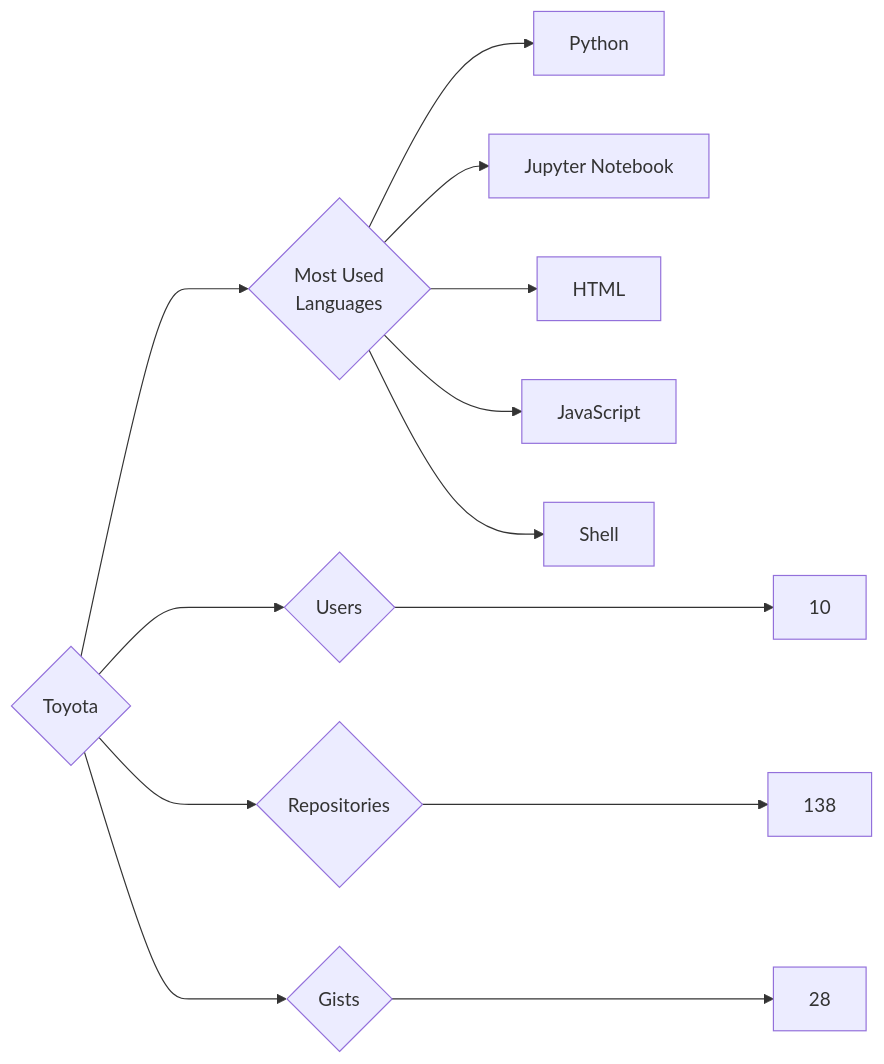
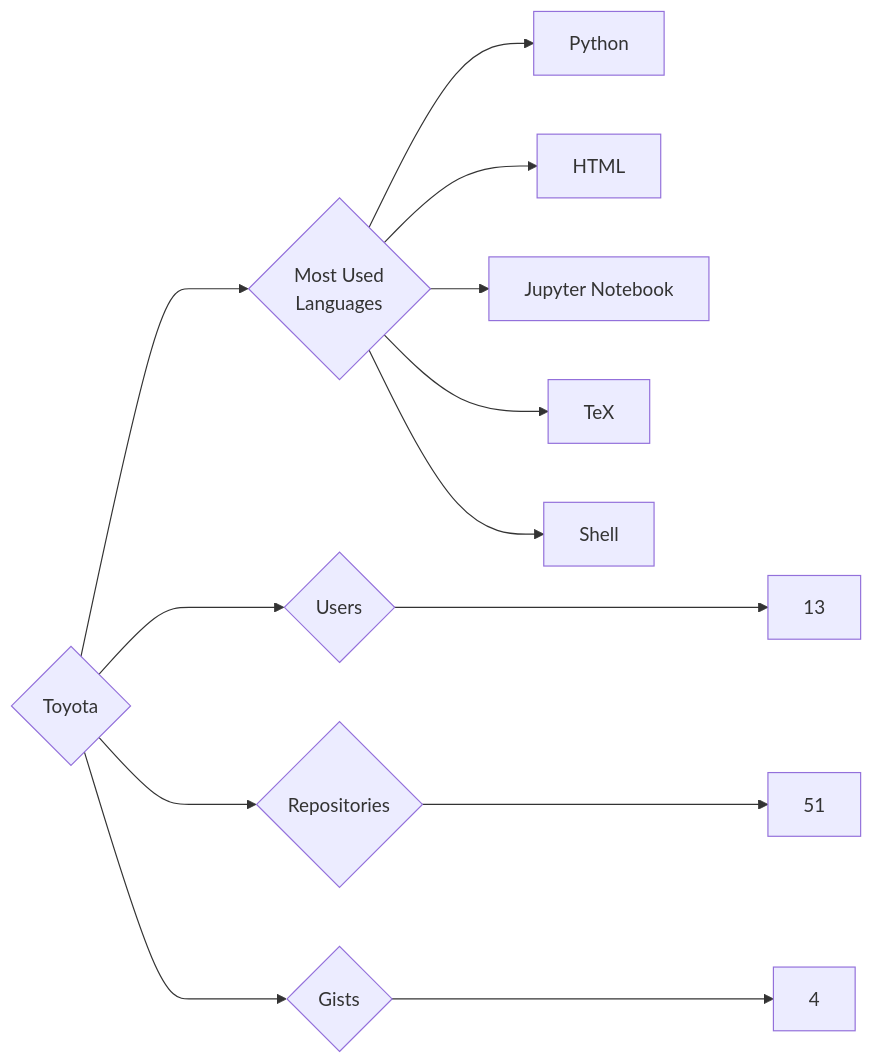
One commit to trickest/insiders changed the diagram in targets/Toyota/README.md. Above: the diagram before and after it, drawn with Mermaid. The commit also changed 903 other files, not shown here.

````diff
--- a/targets/Toyota/README.md
+++ b/targets/Toyota/README.md
@@ -3,13 +3,13 @@
 ```mermaid
 graph LR
 COMPANY_NAME{Toyota}
-COMPANY_NAME ---> U{Users} ---> UN[10]
-COMPANY_NAME ---> R{Repositories} ---> RN[138]
-COMPANY_NAME ---> G{Gists} ---> GN[28]
+COMPANY_NAME ---> U{Users} ---> UN[13]
+COMPANY_NAME ---> R{Repositories} ---> RN[51]
+COMPANY_NAME ---> G{Gists} ---> GN[4]
 COMPANY_NAME ---> ML{Most Used<br>Languages}
 ML --> Python[Python]
+ML --> HTML[HTML]
 ML --> Jupyter_Notebook[Jupyter Notebook]
-ML --> HTML[HTML]
-ML --> JavaScript[JavaScript]
+ML --> TeX[TeX]
 ML --> Shell[Shell]
 ```
````
